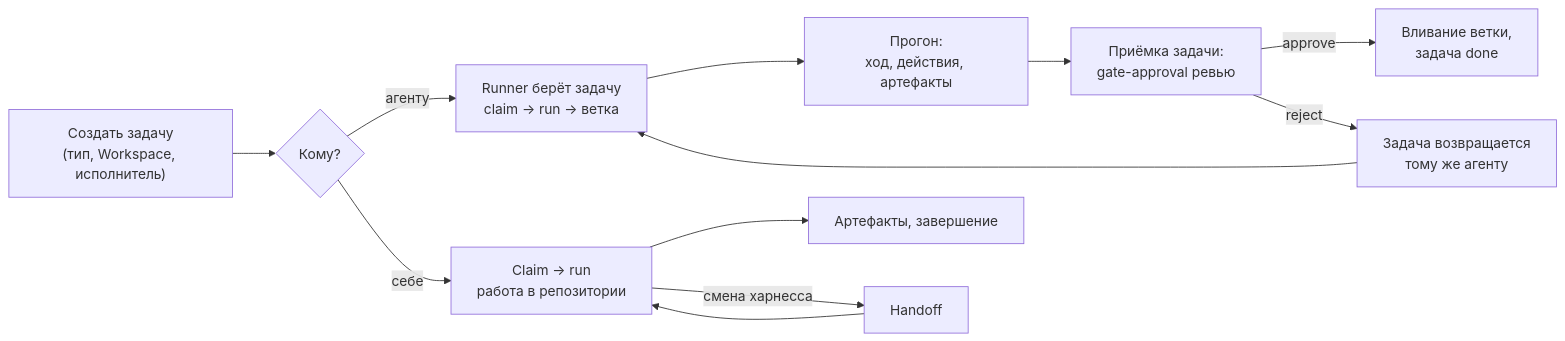
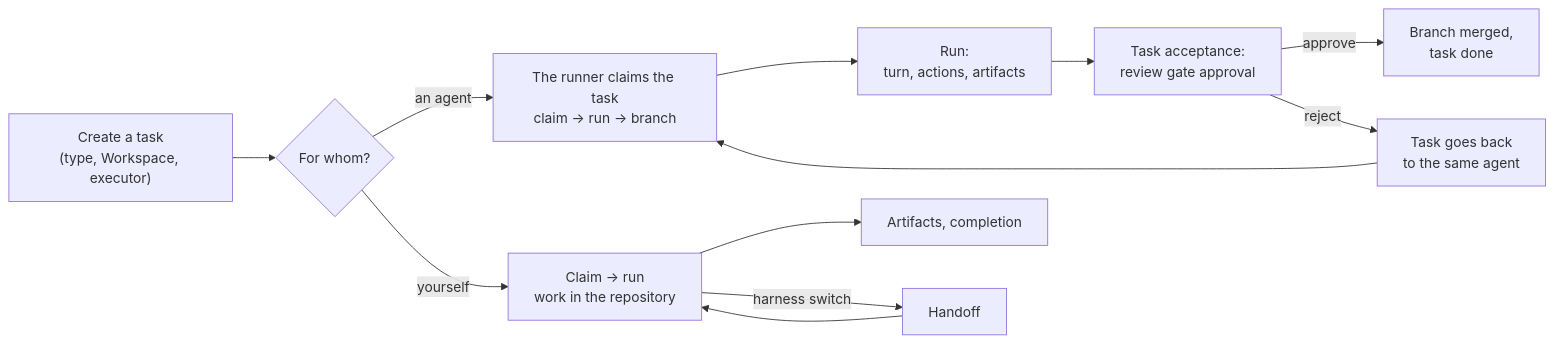
The diagram in guide/docs/operator/workflows.md (monthu56/taimen), drawn with Mermaid before and after one commit. The commit also changed other lines of this file and 183 other files, not shown here.

````diff
--- a/guide/docs/operator/workflows.md
+++ b/guide/docs/operator/workflows.md
@@ -10,12 +11,12 @@
 ```mermaid
 flowchart LR
-    A["Создать задачу<br/>(тип, Workspace, исполнитель)"] --> B{"Кому?"}
-    B -- "агенту" --> C["Runner берёт задачу<br/>claim → run → ветка"]
-    B -- "себе" --> D["Claim → run<br/>работа в репозитории"]
-    C --> E["Прогон:<br/>ход, действия, артефакты"]
-    E --> F["Приёмка задачи:<br/>gate-approval ревью"]
-    F -- "approve" --> G["Вливание ветки,<br/>задача done"]
-    F -- "reject" --> H["Задача возвращается<br/>тому же агенту"] --> C
-    D --> I["Артефакты, завершение"]
-    D -- "смена харнесса" --> J["Handoff"] --> D
+    A["Create a task<br/>(type, Workspace, executor)"] --> B{"For whom?"}
+    B -- "an agent" --> C["The runner claims the task<br/>claim → run → branch"]
+    B -- "yourself" --> D["Claim → run<br/>work in the repository"]
+    C --> E["Run:<br/>turn, actions, artifacts"]
+    E --> F["Task acceptance:<br/>review gate approval"]
+    F -- "approve" --> G["Branch merged,<br/>task done"]
+    F -- "reject" --> H["Task goes back<br/>to the same agent"] --> C
+    D --> I["Artifacts, completion"]
+    D -- "harness switch" --> J["Handoff"] --> D
 ```
````
